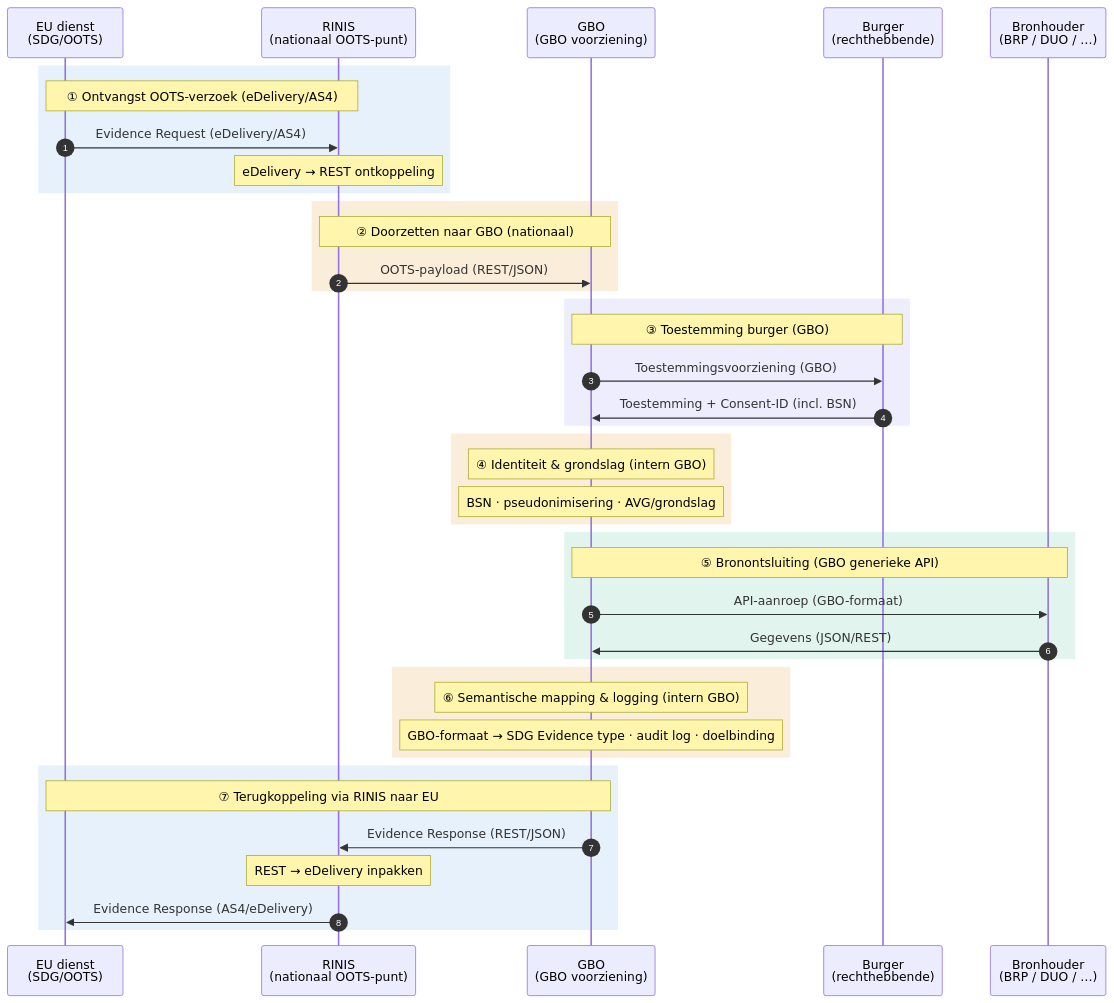
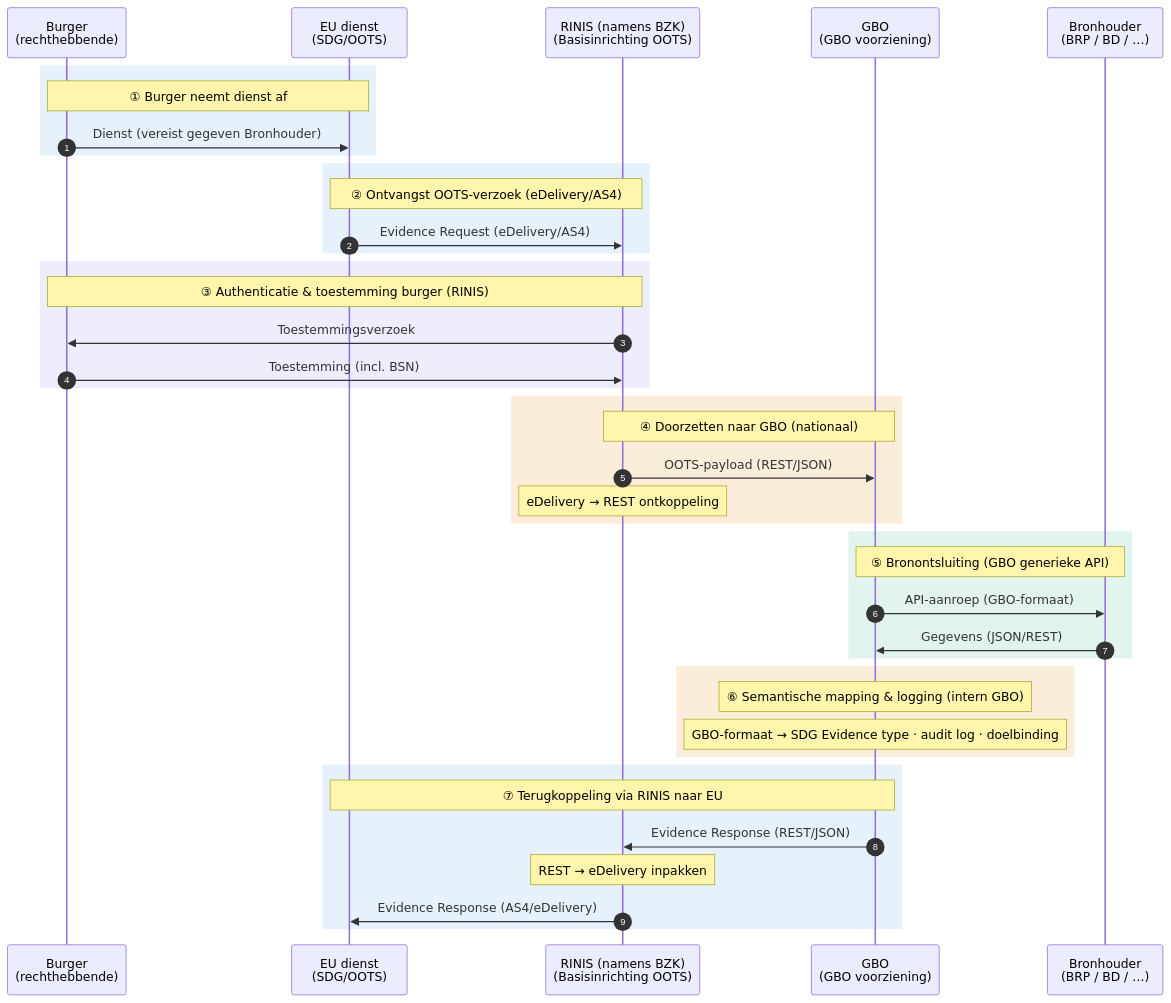
Before and after one commit to ICTU/GBO: the diagram in main/diagrammen/interactiepatroon-SDG-OOTS-verzoek.mmd, drawn with Mermaid. The commit also changed other lines of this file and 57 other files, not shown here.

````diff
--- a/main/diagrammen/interactiepatroon-SDG-OOTS-verzoek.mmd
+++ b/main/diagrammen/interactiepatroon-SDG-OOTS-verzoek.mmd
@@ -3,51 +1,52 @@
 ``` mermaid
 
 sequenceDiagram
     autonumber
+    participant BRG as Burger<br/>(rechthebbende)
     participant EU as EU dienst<br/>(SDG/OOTS)
-    participant RINIS as RINIS<br/>(nationaal OOTS-punt)
+    participant RINIS as RINIS (namens BZK)<br/>(Basisinrichting OOTS)
     participant GBO as GBO<br/>(GBO voorziening)
-    participant BRG as Burger<br/>(rechthebbende)
-    participant BRH as Bronhouder<br/>(BRP / DUO / …)
+    participant BRH as Bronhouder<br/>(BRP / BD / …)
 
     rect rgb(230, 241, 251)
-        Note over EU,RINIS: ① Ontvangst OOTS-verzoek (eDelivery/AS4)
+        Note over BRG,EU: ① Burger neemt dienst af
+        BRG->>EU: Dienst (vereist gegeven Bronhouder)
+    end
+
+    rect rgb(230, 241, 251)
+        Note over EU,RINIS: ② Ontvangst OOTS-verzoek (eDelivery/AS4)
         EU->>RINIS: Evidence Request (eDelivery/AS4)
-        Note over RINIS: eDelivery → REST ontkoppeling
+    end
+
+
+    rect rgb(238, 237, 254)
+        Note over RINIS,BRG: ③ Authenticatie & toestemming burger (RINIS)
+        RINIS->>BRG: Toestemmingsverzoek
+        BRG->>RINIS: Toestemming (incl. BSN)
     end
 
     rect rgb(250, 238, 218)
-        Note over RINIS,GBO: ② Doorzetten naar GBO (nationaal)
+        Note over RINIS,GBO: ④ Doorzetten naar GBO (nationaal)
         RINIS->>GBO: OOTS-payload (REST/JSON)
-    end
-
-    rect rgb(238, 237, 254)
-        Note over GBO,BRG: ③ Toestemming burger (GBO)
-        GBO->>BRG: Toestemmingsvoorziening (GBO)
-        BRG->>GBO: Toestemming + Consent-ID (incl. BSN)
-    end
-
-    rect rgb(250, 238, 218)
-        Note over GBO: ④ Identiteit & grondslag (intern GBO)
-        Note over GBO: BSN · pseudonimisering · AVG/grondslag
+        Note over RINIS: eDelivery → REST ontkoppeling
     end
 
     rect rgb(225, 245, 238)
         Note over GBO,BRH: ⑤ Bronontsluiting (GBO generieke API)
         GBO->>BRH: API-aanroep (GBO-formaat)
         BRH->>GBO: Gegevens (JSON/REST)
     end
 
     rect rgb(250, 238, 218)
         Note over GBO: ⑥ Semantische mapping & logging (intern GBO)
         Note over GBO: GBO-formaat → SDG Evidence type · audit log · doelbinding
     end
 
     rect rgb(230, 241, 251)
         Note over GBO,EU: ⑦ Terugkoppeling via RINIS naar EU
         GBO->>RINIS: Evidence Response (REST/JSON)
         Note over RINIS: REST → eDelivery inpakken
         RINIS->>EU: Evidence Response (AS4/eDelivery)
     end
 
 ```
````
